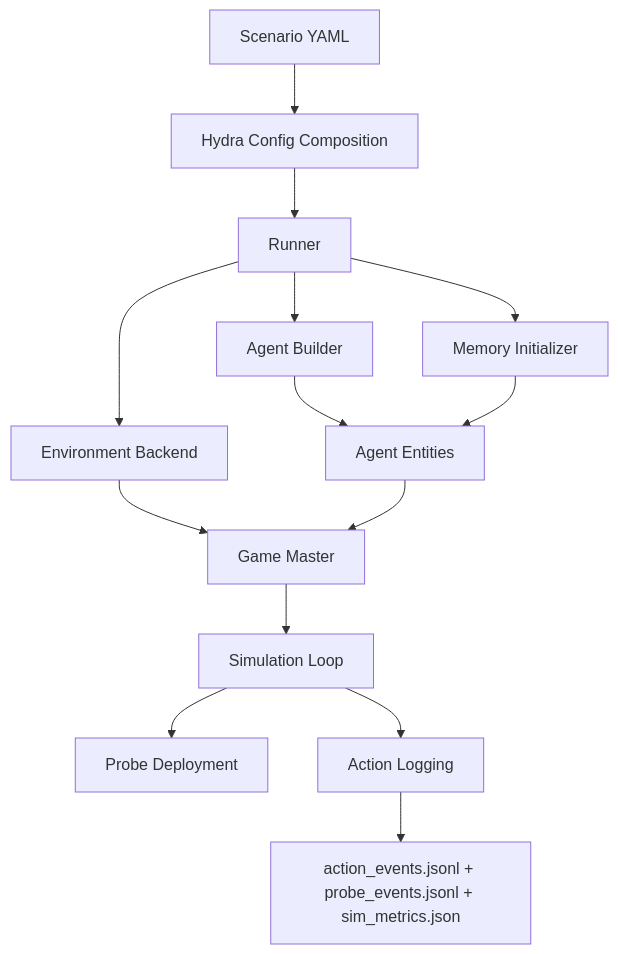
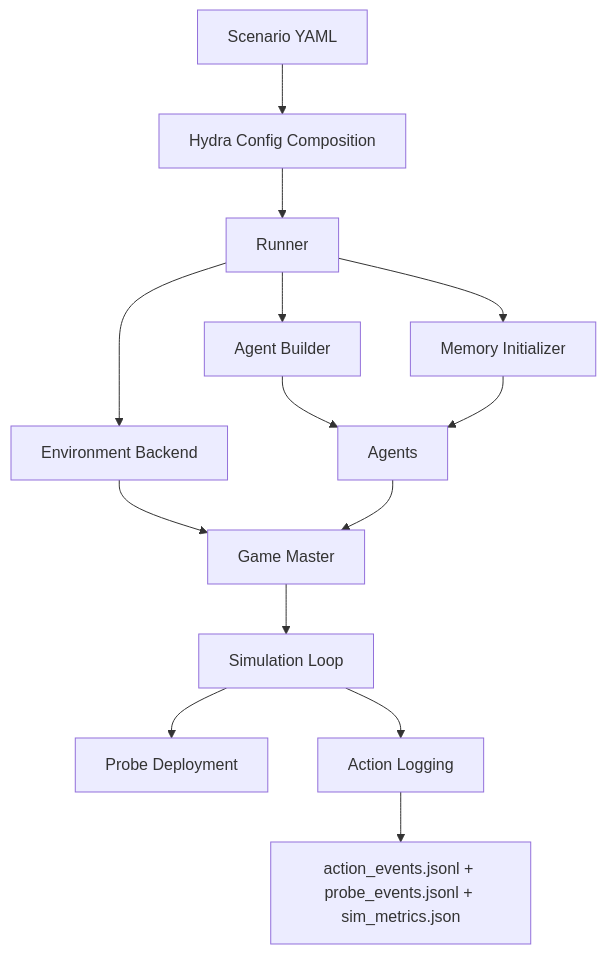
One commit to sandbox-social/silisocs changed the diagram in docs/index.md. Above: the diagram before and after it, drawn with Mermaid. The commit also changed other lines of this file and 25 other files, not shown here.

````diff
--- a/docs/index.md
+++ b/docs/index.md
@@ -118,16 +118,16 @@
 ```mermaid
 graph TD
     A[Scenario YAML] --> B[Hydra Config Composition]
     B --> C[Runner]
     C --> D[Agent Builder]
     C --> E[Memory Initializer]
     C --> F[Environment Backend]
-    D --> G[Agent Entities]
+    D --> G[Agents]
     E --> G
     F --> H[Game Master]
     G --> H
     H --> I[Simulation Loop]
     I --> J[Probe Deployment]
     I --> K[Action Logging]
     K --> L[action_events.jsonl + probe_events.jsonl + sim_metrics.json]
 ```
````
